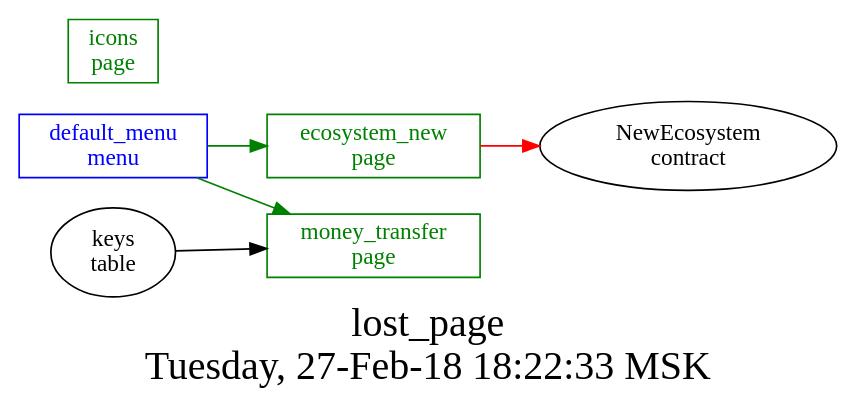
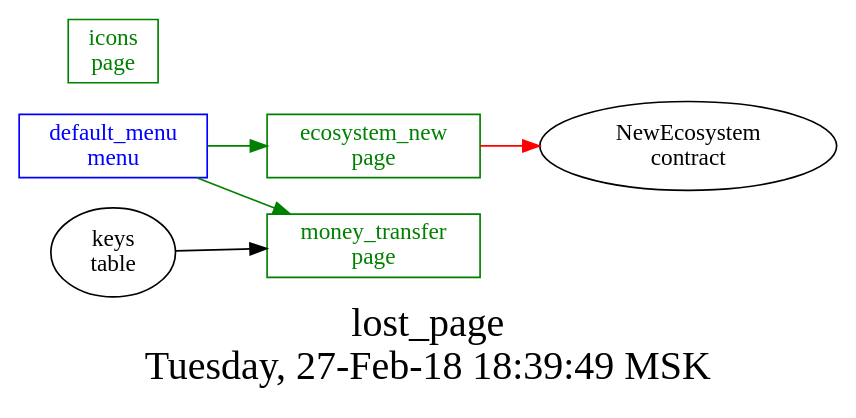
Before and after one commit to AplaProject/apps: the diagram in src/lost_pages/struct.dot, drawn with Graphviz. The commit also changed 2 other files, not shown here.

```diff
--- a/src/lost_pages/struct.dot
+++ b/src/lost_pages/struct.dot
@@ -1,18 +1,18 @@
 digraph G {
 graph [
   fontsize="24";
-  label="lost_page\nTuesday, 27-Feb-18 18:22:33 MSK";
+  label="lost_page\nTuesday, 27-Feb-18 18:39:49 MSK";
   nojustify=true;
   ordering=out;
   rankdir=LR;
   size="30";
 ];
 "default_menu\nmenu" -> "ecosystem_new\npage"  [ color=green ]
 "default_menu\nmenu" -> "money_transfer\npage"  [ color=green ]
 "default_menu\nmenu" [color=blue, fontcolor=blue, group=menus, shape=record];
 "ecosystem_new\npage" -> "NewEcosystem\ncontract"  [ color=red ]
 "ecosystem_new\npage" [color=green, fontcolor=green, group=pages, shape=record];
 "icons\npage" [color=green, fontcolor=green, group=pages, shape=record];
 "keys\ntable" -> "money_transfer\npage"  [ color="" ]
 "money_transfer\npage" [color=green, fontcolor=green, group=pages, shape=record];
 }
```
